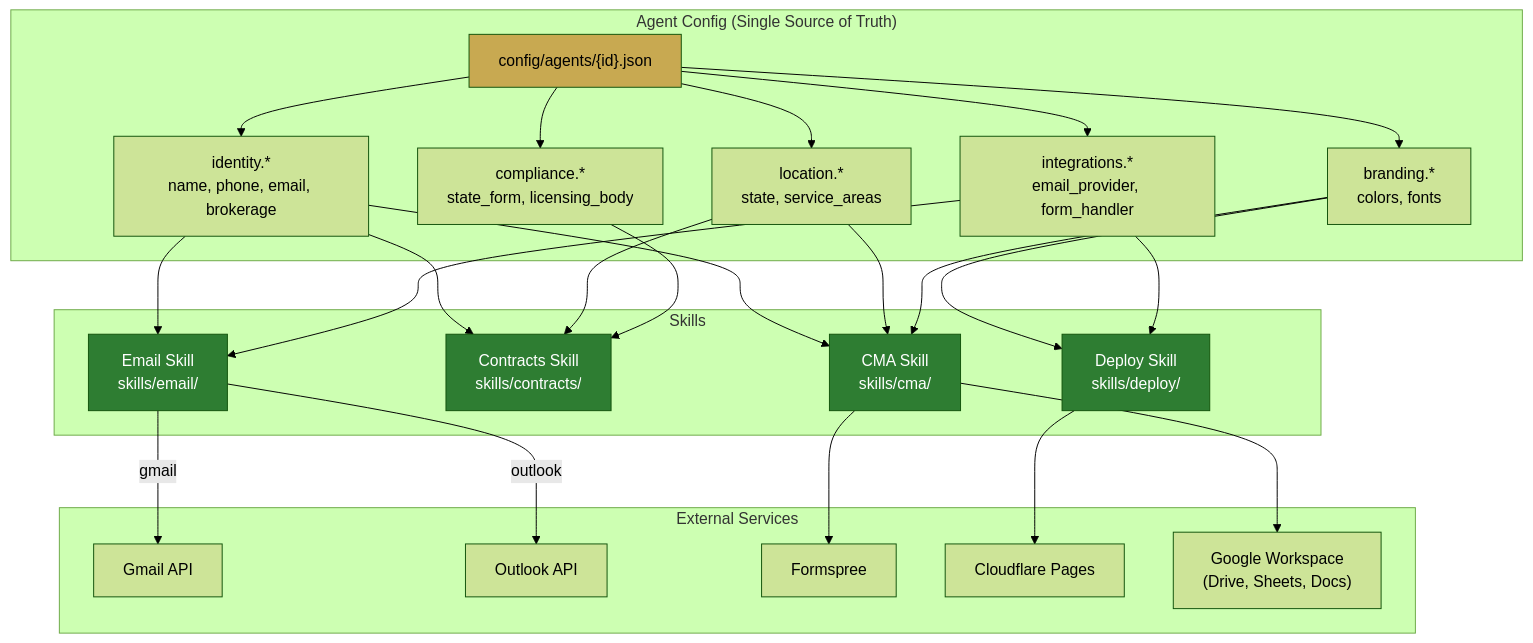
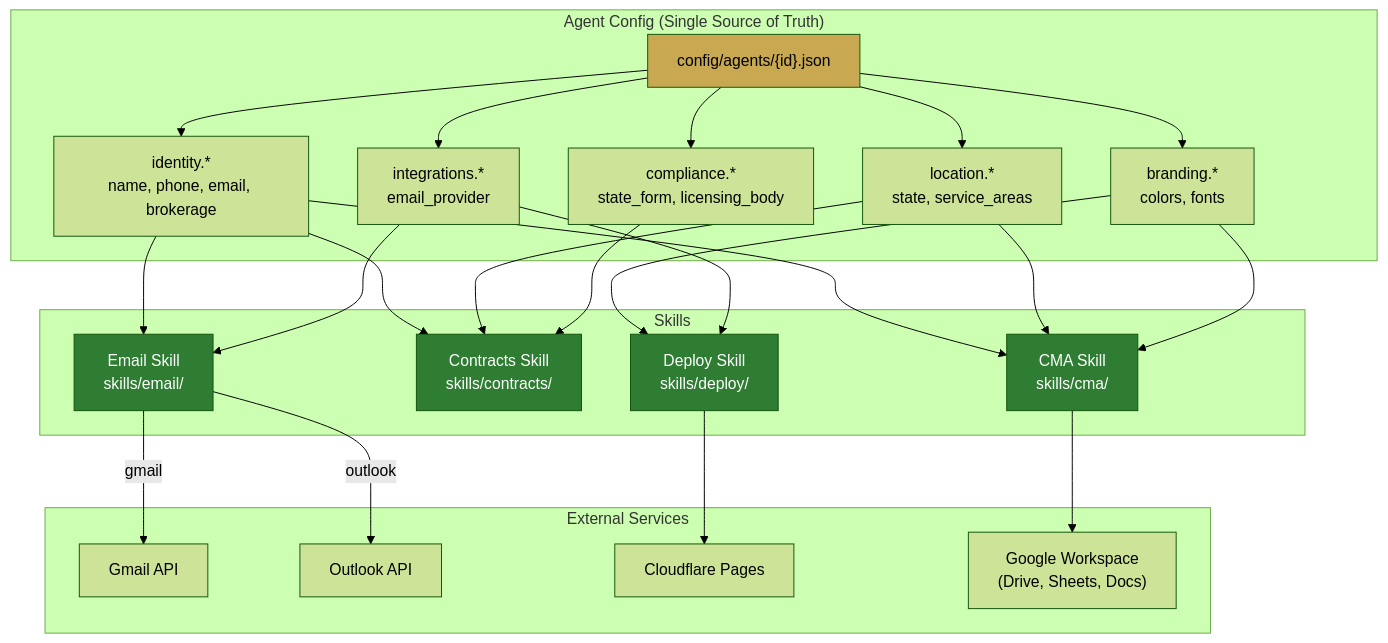
One commit to edward-rosado/jenisesells-website changed the first of 2 diagrams in docs/architecture/skill-integration.md. Above: the diagram before and after it, drawn with Mermaid (forest theme). The commit also changed other lines of this file and 34 other files, not shown here.

First line of the commit message:
feat: consolidate CMA form submission into packages/ui, remove Formspree

````diff
--- a/docs/architecture/skill-integration.md
+++ b/docs/architecture/skill-integration.md
@@ -5,55 +5,53 @@
 ```mermaid
 flowchart TD
     subgraph "Agent Config (Single Source of Truth)"
         config["config/agents/{id}.json"]
         identity["identity.*<br/>name, phone, email, brokerage"]
         location["location.*<br/>state, service_areas"]
         branding["branding.*<br/>colors, fonts"]
-        integrations["integrations.*<br/>email_provider, form_handler"]
+        integrations["integrations.*<br/>email_provider"]
         compliance["compliance.*<br/>state_form, licensing_body"]
     end
 
     subgraph "Skills"
         cma["CMA Skill<br/>skills/cma/"]
         contracts["Contracts Skill<br/>skills/contracts/"]
         emailskill["Email Skill<br/>skills/email/"]
         deployskill["Deploy Skill<br/>skills/deploy/"]
     end
 
     subgraph "External Services"
         gmail["Gmail API"]
         outlook["Outlook API"]
-        formspree["Formspree"]
         cfpages["Cloudflare Pages"]
         gws["Google Workspace<br/>(Drive, Sheets, Docs)"]
     end
 
     config --> identity
     config --> location
     config --> branding
     config --> integrations
     config --> compliance
 
     identity --> cma
     identity --> contracts
     identity --> emailskill
     location --> cma
     location --> contracts
     branding --> cma
     branding --> deployskill
     integrations --> emailskill
     integrations --> deployskill
     compliance --> contracts
 
     emailskill -->|gmail| gmail
     emailskill -->|outlook| outlook
-    cma --> formspree
     cma --> gws
     deployskill --> cfpages
 
     style config fill:#C8A951,color:#000
     style cma fill:#2E7D32,color:#fff
     style contracts fill:#2E7D32,color:#fff
     style emailskill fill:#2E7D32,color:#fff
     style deployskill fill:#2E7D32,color:#fff
 ```
````
